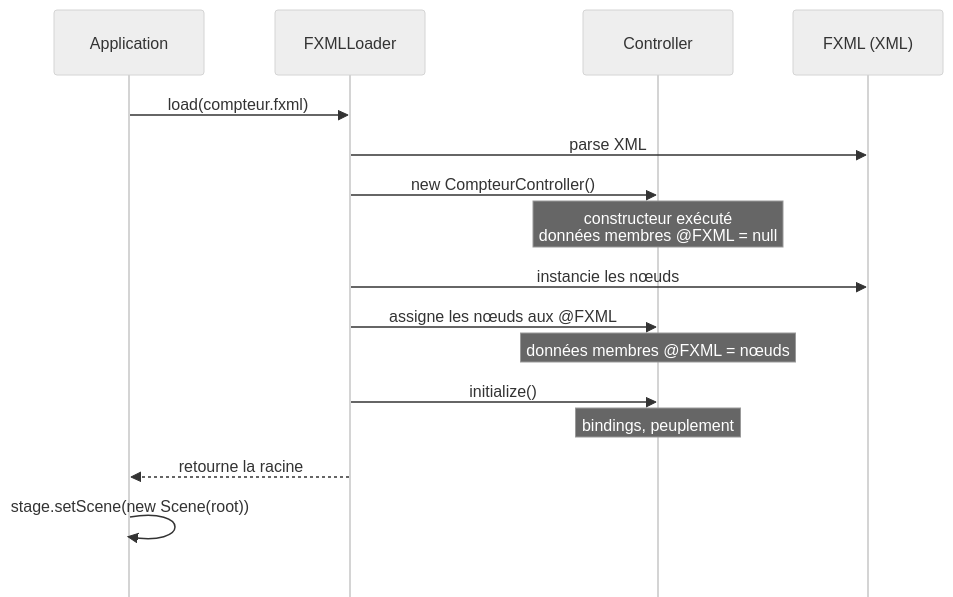
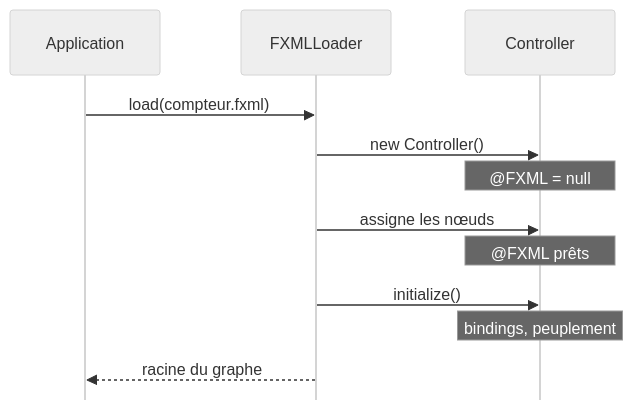
One commit to IUTInfoAix-R202/cours changed the diagram in scripts/kroki-sources/cm3-fxml-cycle-vie.mmd. Above: the diagram before and after it, drawn with Mermaid (neutral theme). The commit also changed 1 other file, not shown here.

Commit message:
fix(cm3): synthétise le diagramme cycle de vie (3 acteurs au lieu de 4, 5 messages clés)

```diff
--- a/scripts/kroki-sources/cm3-fxml-cycle-vie.mmd
+++ b/scripts/kroki-sources/cm3-fxml-cycle-vie.mmd
@@ -1,17 +1,13 @@
-%%{init: {'sequence': {'messageFontSize': 14, 'actorFontSize': 14, 'noteFontSize': 13, 'messageMargin': 22, 'boxMargin': 6, 'boxTextMargin': 4, 'noteMargin': 6, 'actorMargin': 60, 'mirrorActors': false, 'wrap': false}}}%%
+%%{init: {'sequence': {'messageFontSize': 15, 'actorFontSize': 15, 'noteFontSize': 14, 'messageMargin': 26, 'boxMargin': 6, 'boxTextMargin': 4, 'noteMargin': 6, 'actorMargin': 70, 'mirrorActors': false, 'wrap': false}}}%%
 sequenceDiagram
     participant App as Application
     participant FL as FXMLLoader
     participant C as Controller
-    participant FX as FXML (XML)
     App->>FL: load(compteur.fxml)
-    FL->>FX: parse XML
-    FL->>C: new CompteurController()
-    Note over C: constructeur exécuté<br/>données membres @FXML = null
-    FL->>FX: instancie les nœuds
-    FL->>C: assigne les nœuds aux @FXML
-    Note over C: données membres @FXML = nœuds
+    FL->>C: new Controller()
+    Note over C: @FXML = null
+    FL->>C: assigne les nœuds
+    Note over C: @FXML prêts
     FL->>C: initialize()
     Note over C: bindings, peuplement
-    FL-->>App: retourne la racine
-    App->>App: stage.setScene(new Scene(root))
+    FL-->>App: racine du graphe
```
